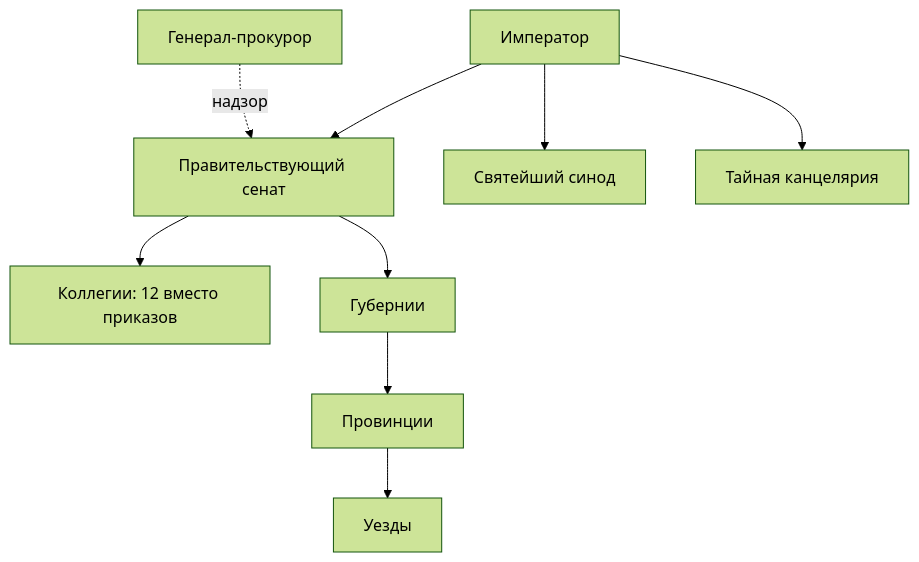
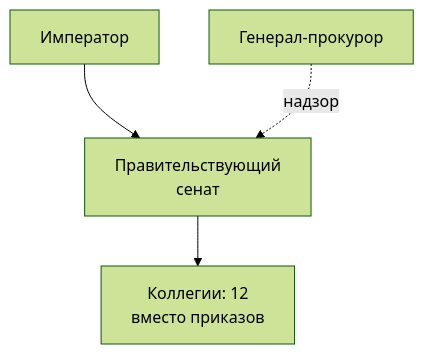
One commit to kscht/spiridus-docs changed the second of 11 diagrams in examples/documents/22-geo-history.md. Above: the diagram before and after it, drawn with Mermaid (forest theme). The commit also changed other lines of this file and 56 other files, not shown here.

````diff
--- a/examples/documents/22-geo-history.md
+++ b/examples/documents/22-geo-history.md
@@ -294,10 +253,6 @@
 ```mermaid
 flowchart TD
-  imp[Император] --> sen[Правительствующий сенат]
-  imp --> syn[Святейший синод]
-  imp --> tk[Тайная канцелярия]
-  sen --> kol[Коллегии: 12 вместо приказов]
-  sen --> gub[Губернии]
-  gub --> pro[Провинции] --> uez[Уезды]
+  imp[Император] --> sen[Правительствующий<br>сенат]
+  sen --> kol[Коллегии: 12<br>вместо приказов]
   prk[Генерал-прокурор] -. надзор .-> sen
 ```
````
